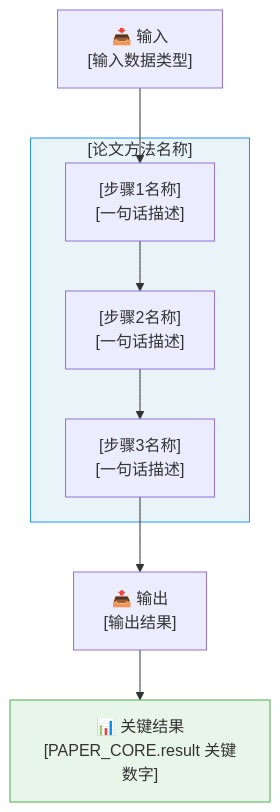
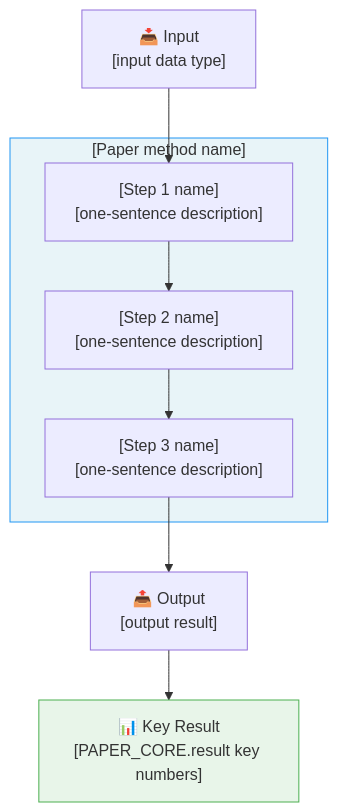
One commit to xiaoxuerenww/paper-glance-skill changed the second of 2 diagrams in modules/02_mindmap.md. Above: the diagram before and after it, drawn with Mermaid. The commit also changed other lines of this file and 9 other files, not shown here.

`````diff
--- a/modules/02_mindmap.md
+++ b/modules/02_mindmap.md
@@ -41,18 +41,18 @@
 ````mermaid
 flowchart TD
-    Input["📥 输入\n[输入数据类型]"]
+    Input["📥 Input\n[input data type]"]
 
-    subgraph Method["[论文方法名称]"]
-        Step1["[步骤1名称]\n[一句话描述]"]
-        Step2["[步骤2名称]\n[一句话描述]"]
-        Step3["[步骤3名称]\n[一句话描述]"]
+    subgraph Method["[Paper method name]"]
+        Step1["[Step 1 name]\n[one-sentence description]"]
+        Step2["[Step 2 name]\n[one-sentence description]"]
+        Step3["[Step 3 name]\n[one-sentence description]"]
     end
 
-    Output["📤 输出\n[输出结果]"]
-    Result["📊 关键结果\n[PAPER_CORE.result 关键数字]"]
+    Output["📤 Output\n[output result]"]
+    Result["📊 Key Result\n[PAPER_CORE.result key numbers]"]
 
     Input --> Step1 --> Step2 --> Step3 --> Output --> Result
 
     style Method fill:#e8f4f8,stroke:#2196F3
     style Result fill:#e8f5e9,stroke:#4CAF50
 ````
`````
